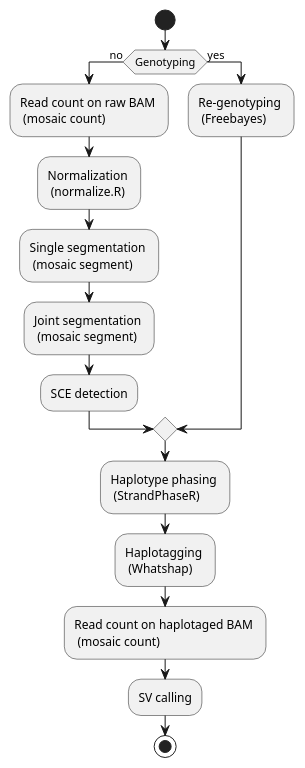
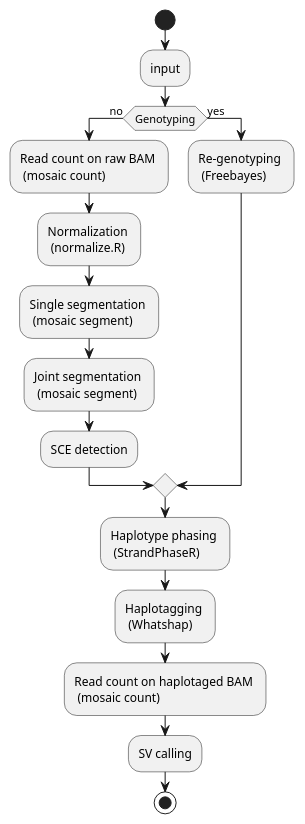
Before and after one commit to friendsofstrandseq/mosaicatcher-pipeline: the diagram in mosaicatcher_pipeline.wsd, drawn with PlantUML. The commit also changed 10 other files, not shown here.

```diff
--- a/mosaicatcher_pipeline.wsd
+++ b/mosaicatcher_pipeline.wsd
@@ -1,27 +1,29 @@
 @startuml
 
 start
+
+:input;
 
 if (Genotyping) then (no)
     :Read count on raw BAM \n (mosaic count);
     :Normalization \n (normalize.R);
 
     :Single segmentation \n (mosaic segment);
     :Joint segmentation \n (mosaic segment);
 
     :SCE detection;
 
 else (yes)
     :Re-genotyping \n (Freebayes);
 endif
 :Haplotype phasing \n (StrandPhaseR);
 :Haplotagging \n (Whatshap);
 :Read count on haplotaged BAM \n (mosaic count);
 
 :SV calling;
 
 
 
 
 stop
 @enduml
```
